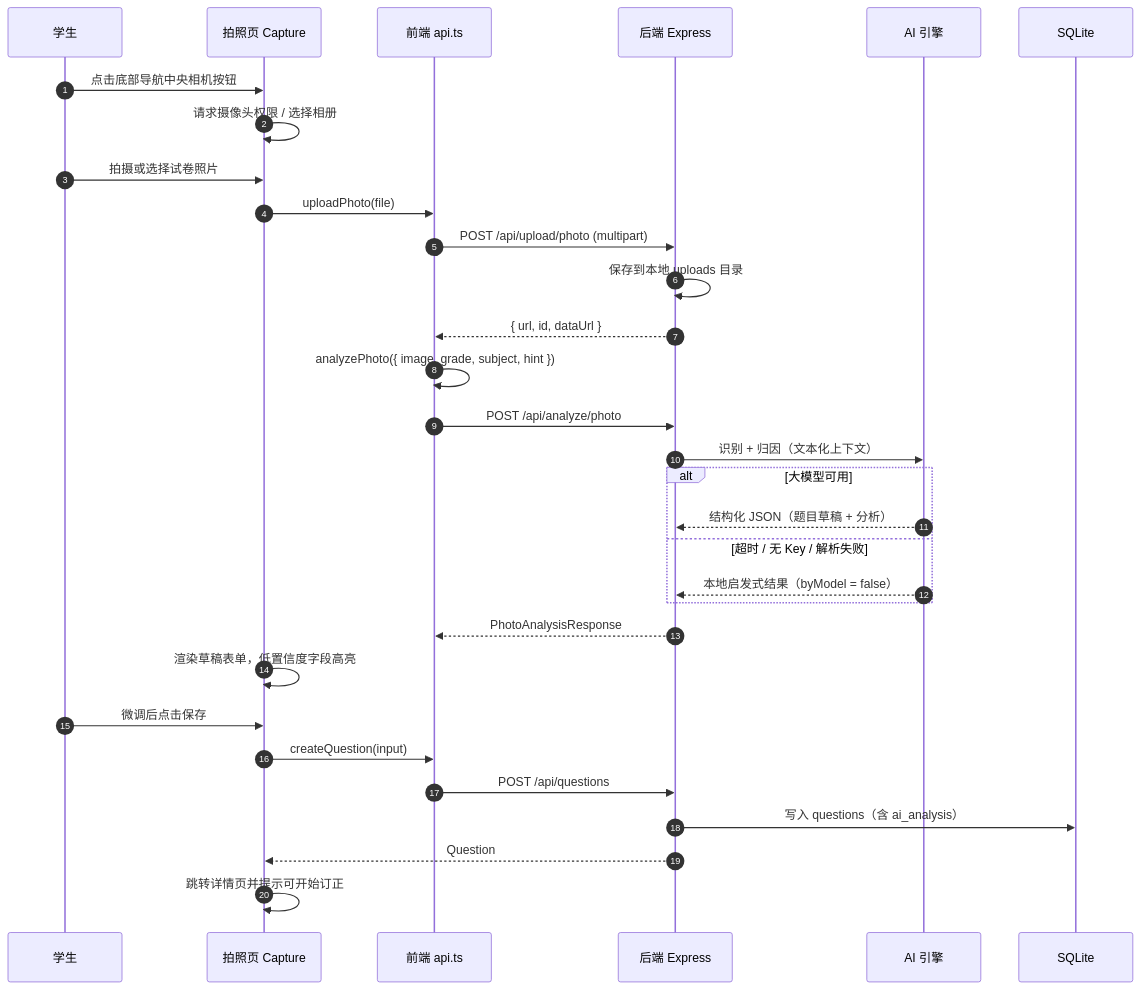
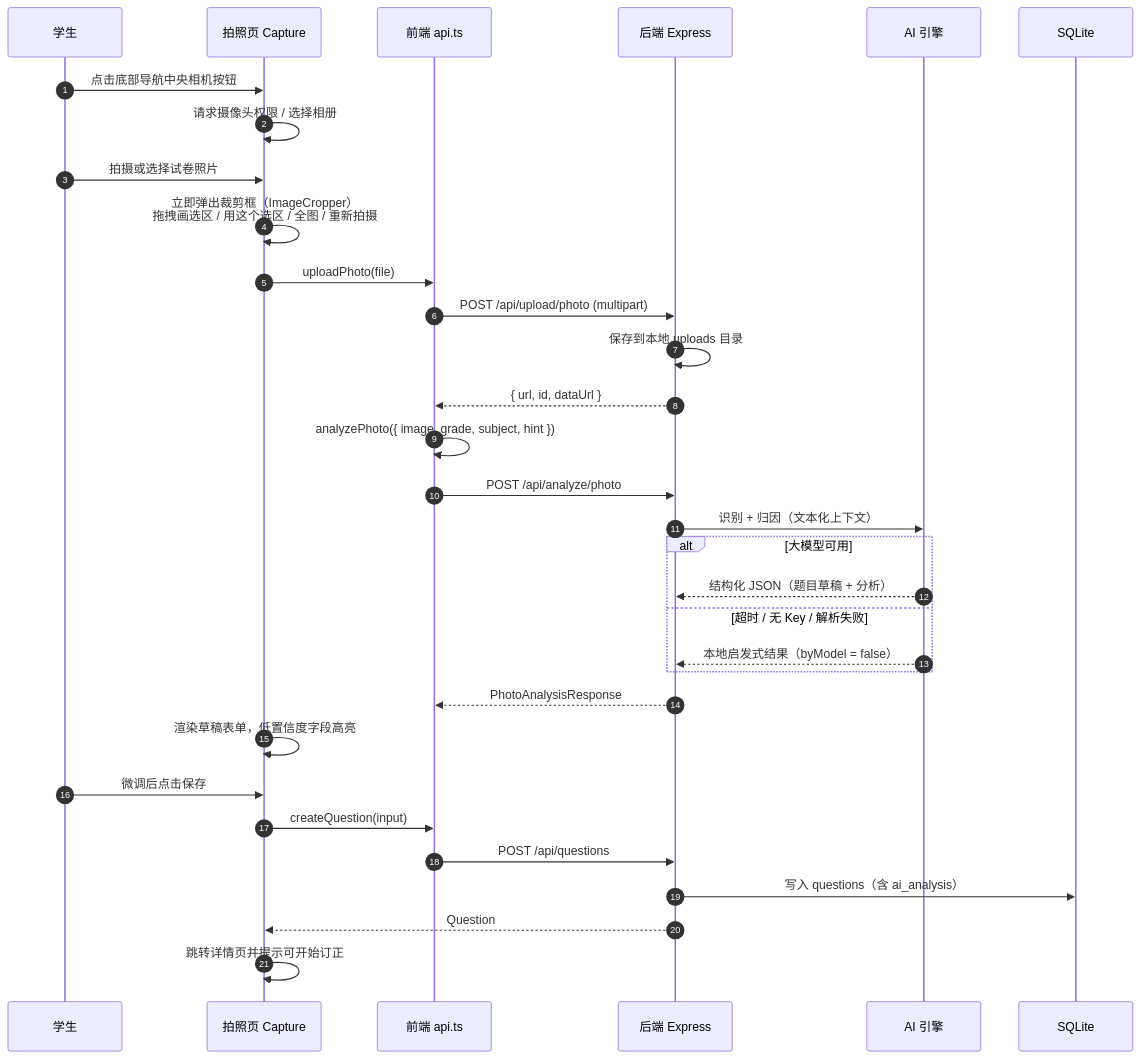
One commit to zhangdubin/Logbook changed the third of 9 diagrams in docs/02-功能架构与信息架构.md. Above: the diagram before and after it, drawn with Mermaid. The commit also changed other lines of this file and 9 other files, not shown here.

````diff
--- a/docs/02-功能架构与信息架构.md
+++ b/docs/02-功能架构与信息架构.md
@@ -175,34 +176,35 @@
 ```mermaid
 sequenceDiagram
     autonumber
     participant U as 学生
     participant UI as 拍照页 Capture
     participant API as 前端 api.ts
     participant BE as 后端 Express
     participant AI as AI 引擎
     participant DB as SQLite
 
     U->>UI: 点击底部导航中央相机按钮
     UI->>UI: 请求摄像头权限 / 选择相册
     U->>UI: 拍摄或选择试卷照片
+    UI->>UI: 立即弹出裁剪框（ImageCropper）<br/>拖拽画选区 / 用这个选区 / 全图 / 重新拍摄
     UI->>API: uploadPhoto(file)
     API->>BE: POST /api/upload/photo (multipart)
     BE->>BE: 保存到本地 uploads 目录
     BE-->>API: { url, id, dataUrl }
     API->>API: analyzePhoto({ image, grade, subject, hint })
     API->>BE: POST /api/analyze/photo
     BE->>AI: 识别 + 归因（文本化上下文）
     alt 大模型可用
         AI-->>BE: 结构化 JSON（题目草稿 + 分析）
     else 超时 / 无 Key / 解析失败
         AI-->>BE: 本地启发式结果（byModel = false）
     end
     BE-->>API: PhotoAnalysisResponse
     UI->>UI: 渲染草稿表单，低置信度字段高亮
     U->>UI: 微调后点击保存
     UI->>API: createQuestion(input)
     API->>BE: POST /api/questions
     BE->>DB: 写入 questions（含 ai_analysis）
     BE-->>UI: Question
     UI->>UI: 跳转详情页并提示可开始订正
 ```
````
